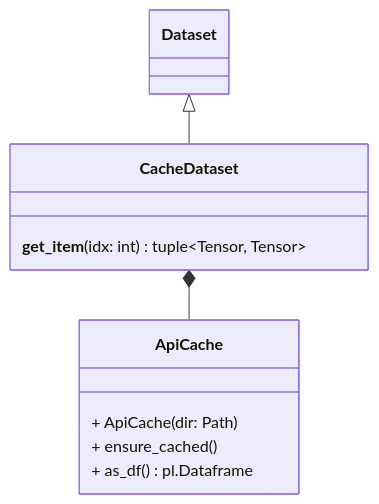
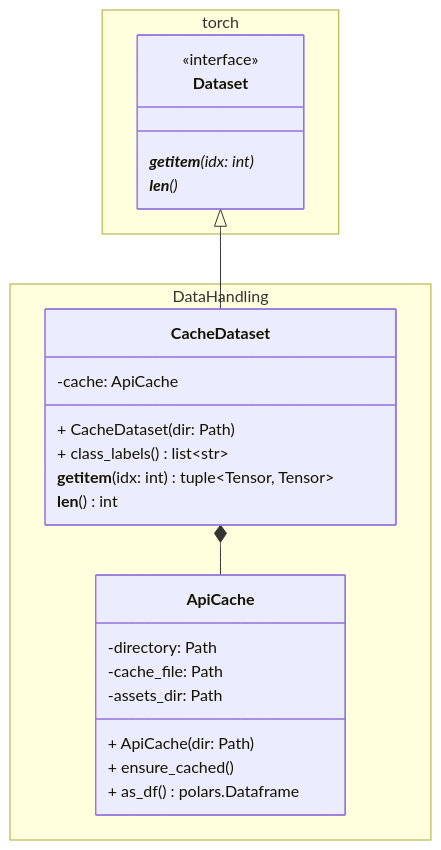
Before and after one commit to andyblarblar/transferware.ai: the sixth of 6 diagrams in docs/UML.md, drawn with Mermaid.

Commit message:
Updated "Dataset" UML model

````diff
--- a/docs/UML.md
+++ b/docs/UML.md
@@ -164,17 +164,32 @@
 ```mermaid
 classDiagram
+namespace torch {
+    class Dataset { 
+        <<interface>>
+        __getitem__(idx: int)*
+        __len__()*
+    }
+}
+namespace DataHandling {
     class ApiCache {
+        -directory: Path
+        -cache_file: Path
+        -assets_dir: Path
         + ApiCache(dir: Path)
-        + ensure_cached()
-        + as_df() pl.Dataframe
+        + ensure_cached() 
+        + as_df() polars.Dataframe
     }
 
     class CacheDataset {
-        __get_item__(idx: int) tuple~Tensor, Tensor~
+        -cache: ApiCache
+        + CacheDataset(dir: Path)
+        + class_labels() list~str~
+        __getitem__(idx: int) tuple~Tensor, Tensor~
+        __len__() int
     }
     
-    class Dataset
-    
+}
     Dataset <|-- CacheDataset
     CacheDataset *-- ApiCache
+
 ```
````
